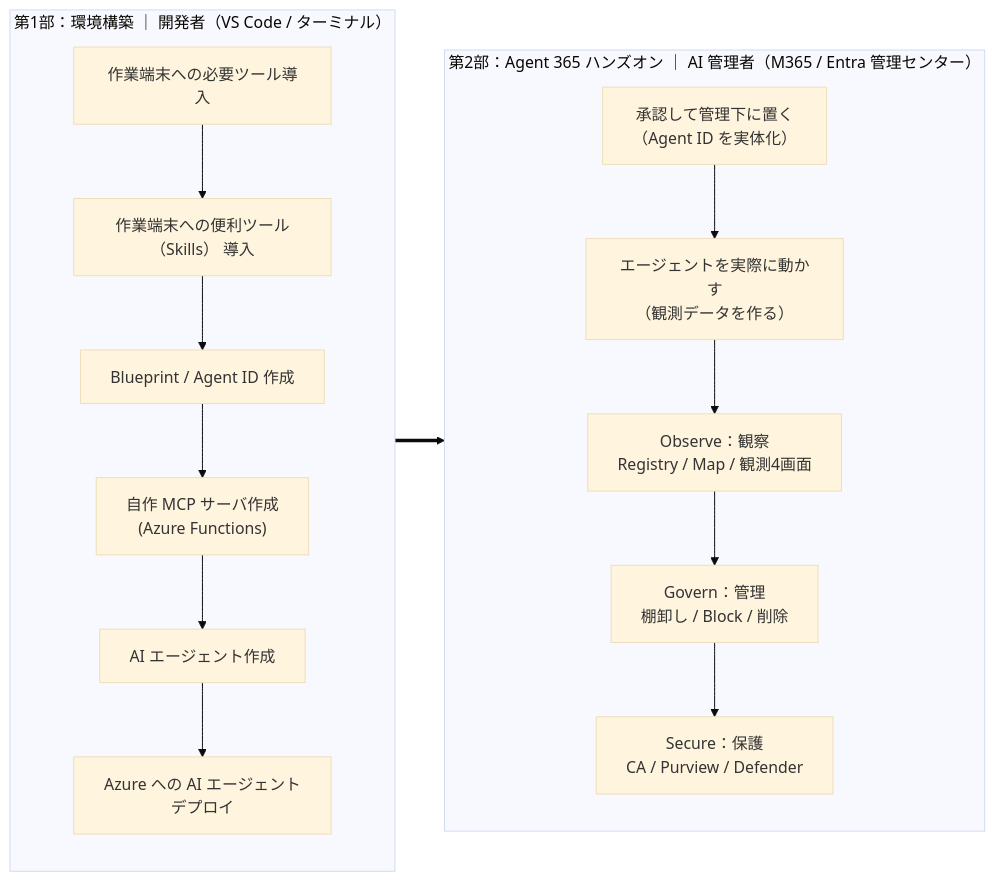
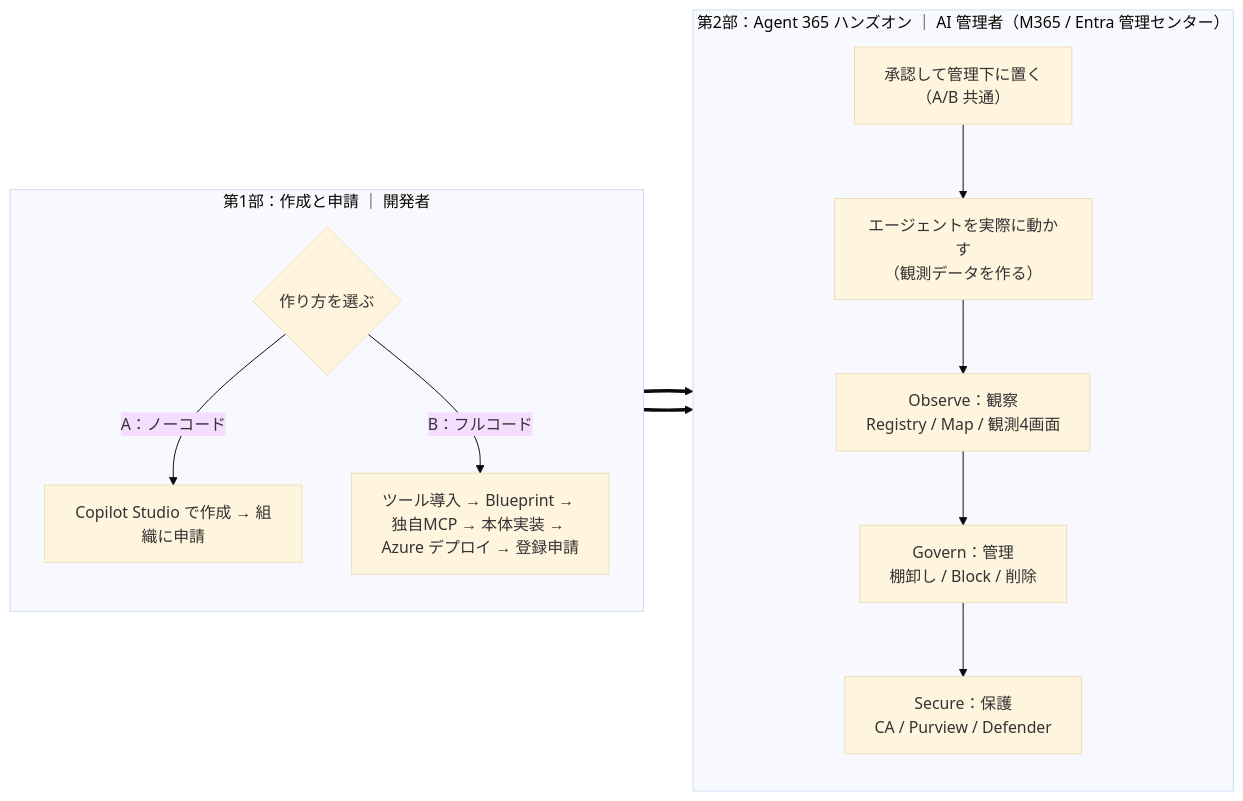
The diagram in README.MD (fatman3110/Agent365-Training), drawn with Mermaid (base theme) before and after one commit. The commit also changed other lines of this file and 8 other files, not shown here.

Commit message:
docs: Part1をA(Copilot Studio)/B(独自)に分割、Part2を1a/1b/2/3/4に分割、循環文字を(1)(2)(3)化

````diff
--- a/README.MD
+++ b/README.MD
@@ -24,17 +22,18 @@
 ```mermaid
 flowchart LR
-    subgraph P1["第1部：環境構築 ｜ 開発者（VS Code / ターミナル）"]
+    subgraph P1["第1部：作成と申請 ｜ 開発者"]
         direction TB
-        A1["作業端末への必要ツール導入"] --> A2["作業端末への便利ツール（Skills） 導入"] --> A3["Blueprint / Agent ID 作成"]
-        A3 --> A4["自作 MCP サーバ作成<br/>(Azure Functions)"] --> A5["AI エージェント作成"]
-        A5 --> A6["Azure への AI エージェントデプロイ"]
+        A0{"作り方を選ぶ"}
+        A0 -->|"A：ノーコード"| AA["Copilot Studio で作成 → 組織に申請"]
+        A0 -->|"B：フルコード"| AB["ツール導入 → Blueprint → 独自MCP → 本体実装 → Azure デプロイ → 登録申請"]
     end
     subgraph P2["第2部：Agent 365 ハンズオン ｜ AI 管理者（M365 / Entra 管理センター）"]
         direction TB
-        B1["承認して管理下に置く<br/>（Agent ID を実体化）"] --> B2["エージェントを実際に動かす<br/>（観測データを作る）"]
+        B1["承認して管理下に置く<br/>（A/B 共通）"] --> B2["エージェントを実際に動かす<br/>（観測データを作る）"]
         B2 --> B3["Observe：観察<br/>Registry / Map / 観測4画面"]
         B3 --> B4["Govern：管理<br/>棚卸し / Block / 削除"]
         B4 --> B5["Secure：保護<br/>CA / Purview / Defender"]
     end
-    A6 ==> B1
+    AA ==> B1
+    AB ==> B1
 ```
````
